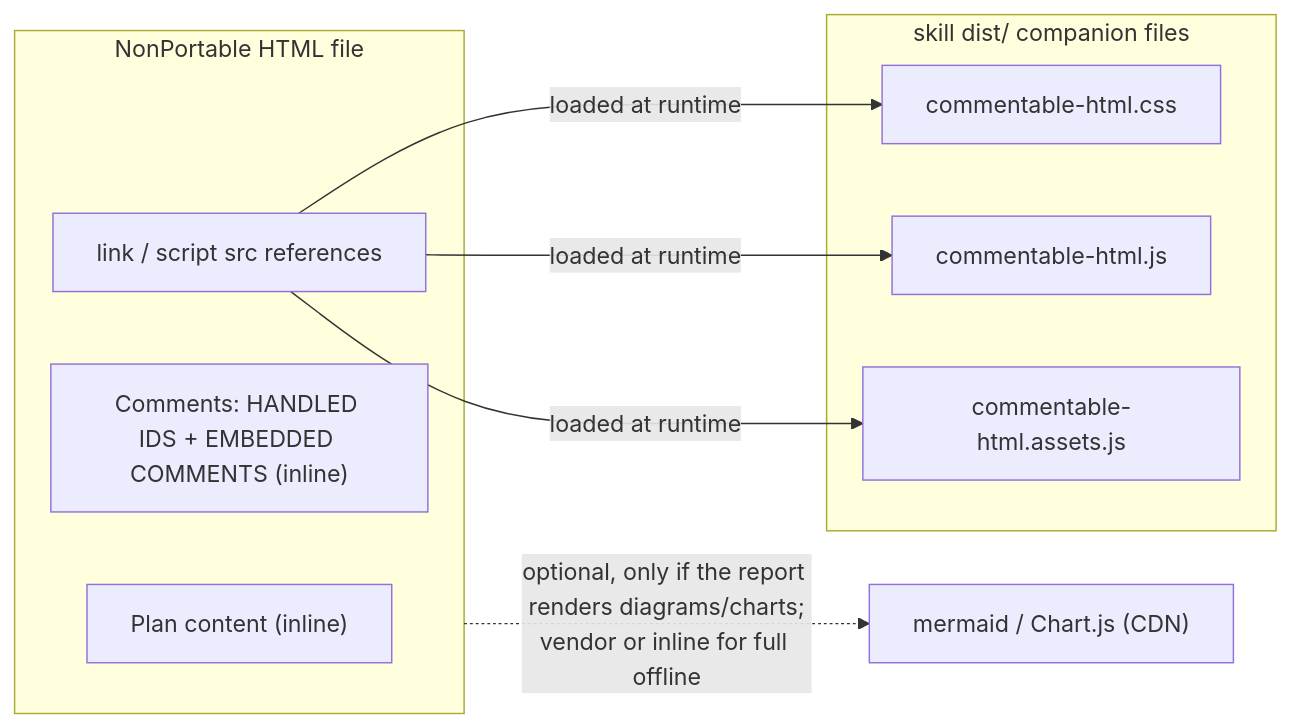
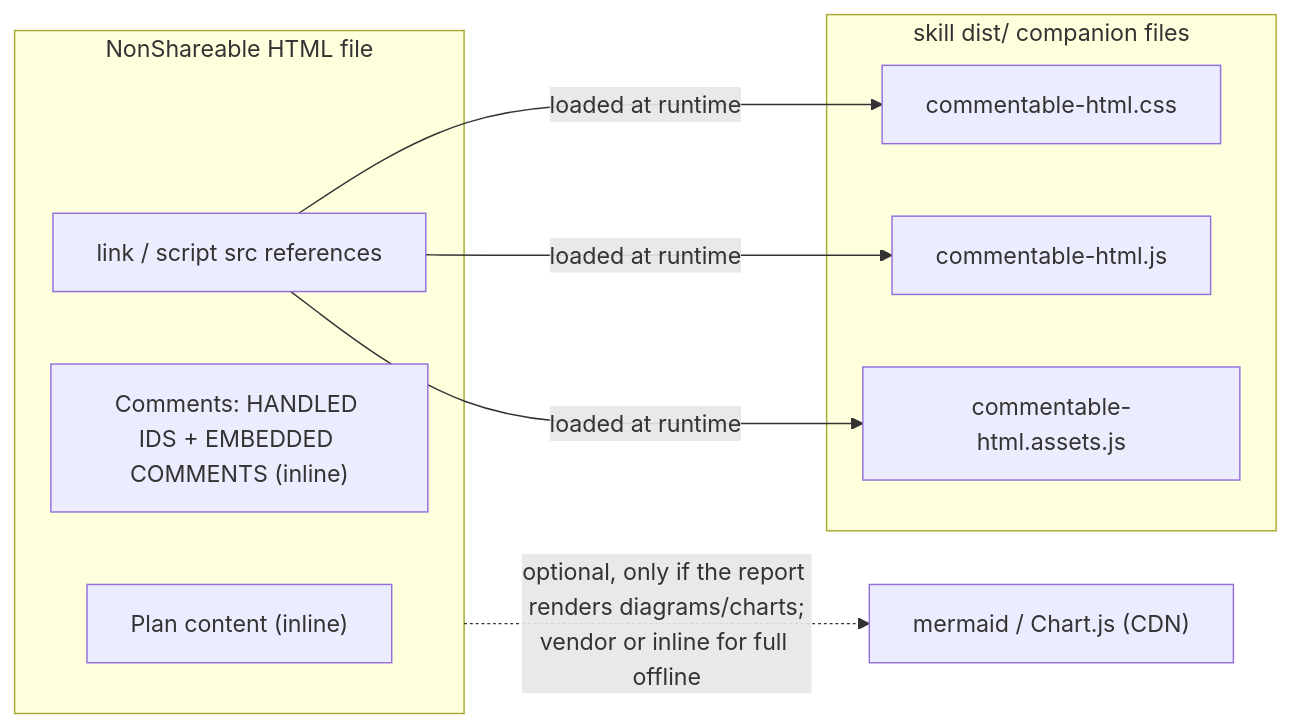
One commit to urikanonov/ai-marketplace changed the second of 3 diagrams in plugins/commentable-html/dev/skill/references/exports.md. Above: the diagram before and after it, drawn with Mermaid. The commit also changed other lines of this file and 244 other files, not shown here.

First line of the commit message:
commentable-html + site: rename Portable to Shareable, with back-compat shims

````diff
--- a/plugins/commentable-html/dev/skill/references/exports.md
+++ b/plugins/commentable-html/dev/skill/references/exports.md
@@ -94,18 +94,18 @@
 ```mermaid
 flowchart LR
-  subgraph File["NonPortable HTML file"]
+  subgraph File["NonShareable HTML file"]
     content["Plan content (inline)"]
     comments["Comments: HANDLED IDS + EMBEDDED COMMENTS (inline)"]
     refs["link / script src references"]
   end
   subgraph Dist["skill dist/ companion files"]
     css["commentable-html.css"]
     js["commentable-html.js"]
     assets["commentable-html.assets.js"]
   end
   cdn["mermaid / Chart.js (CDN)"]
   refs -->|loaded at runtime| css
   refs -->|loaded at runtime| js
   refs -->|loaded at runtime| assets
   File -. "optional, only if the report renders diagrams/charts;<br/>vendor or inline for full offline" .-> cdn
 ```
````
